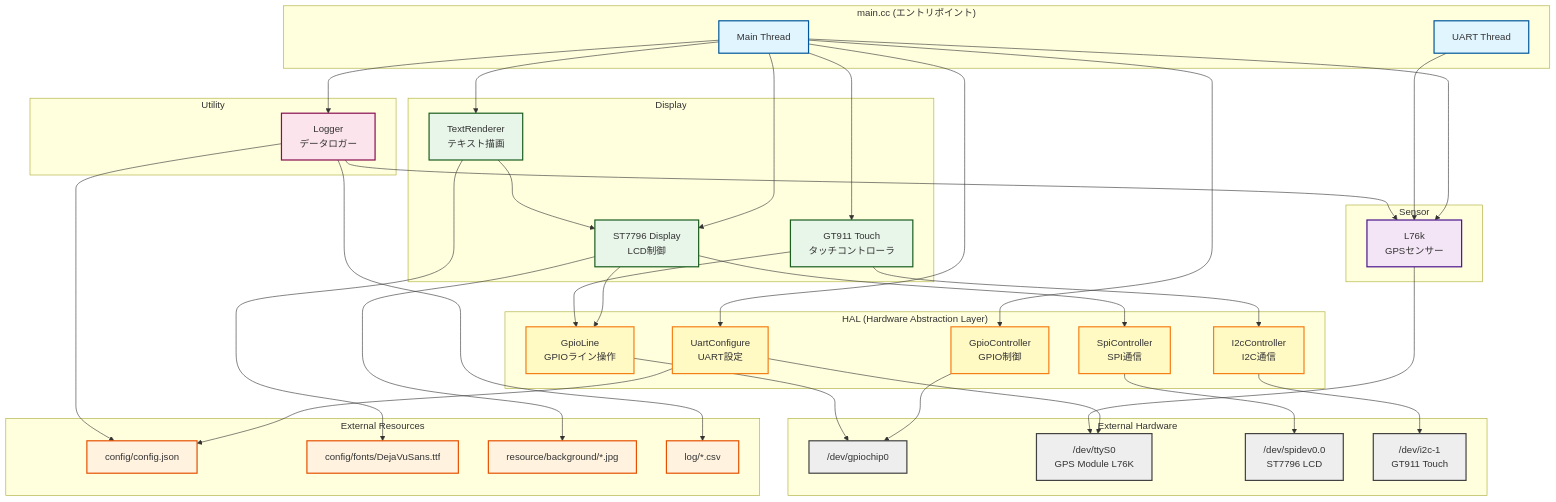
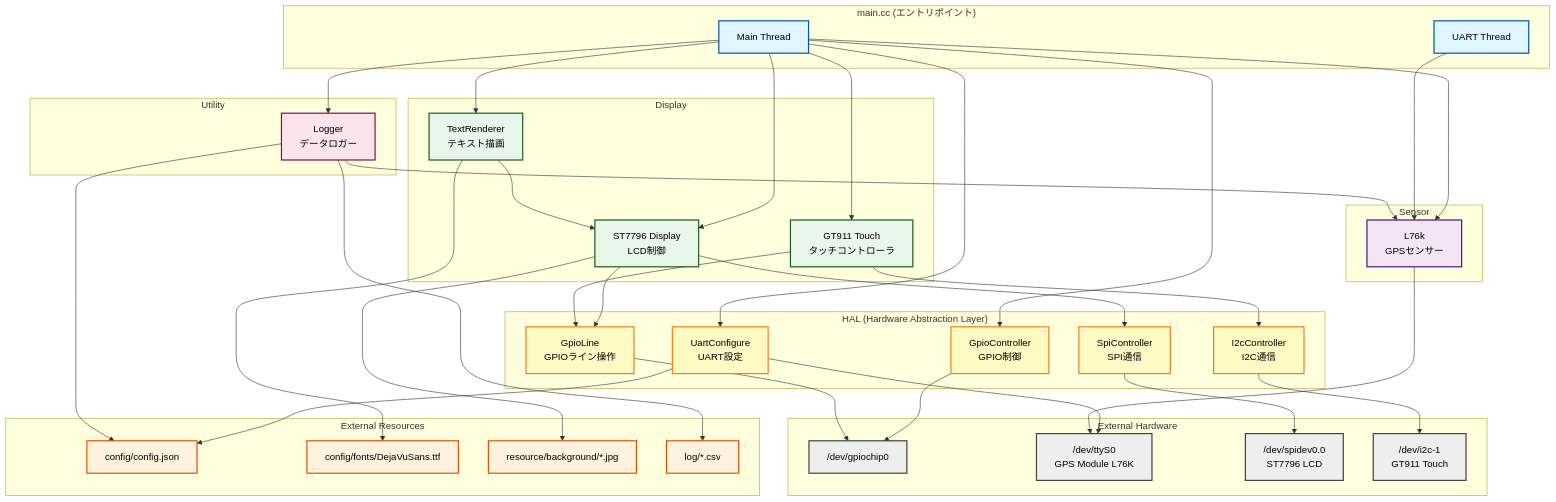
The first of 6 diagrams in doc/architecture.md (kengineeeer14/cycom), drawn with Mermaid before and after one commit.

Commit message:
アーキ：文字色の変更

```diff
--- a/doc/architecture.md
+++ b/doc/architecture.md
@@ -87,13 +87,13 @@
     Logger --> LogFile
 
     %% スタイル定義
-    classDef mainClass fill:#e1f5ff,stroke:#01579b,stroke-width:2px
-    classDef halClass fill:#fff9c4,stroke:#f57f17,stroke-width:2px
-    classDef sensorClass fill:#f3e5f5,stroke:#4a148c,stroke-width:2px
-    classDef displayClass fill:#e8f5e9,stroke:#1b5e20,stroke-width:2px
-    classDef utilClass fill:#fce4ec,stroke:#880e4f,stroke-width:2px
-    classDef hwClass fill:#eeeeee,stroke:#424242,stroke-width:2px
-    classDef resourceClass fill:#fff3e0,stroke:#e65100,stroke-width:2px
+    classDef mainClass fill:#e1f5ff,stroke:#01579b,stroke-width:2px,color:#000
+    classDef halClass fill:#fff9c4,stroke:#f57f17,stroke-width:2px,color:#000
+    classDef sensorClass fill:#f3e5f5,stroke:#4a148c,stroke-width:2px,color:#000
+    classDef displayClass fill:#e8f5e9,stroke:#1b5e20,stroke-width:2px,color:#000
+    classDef utilClass fill:#fce4ec,stroke:#880e4f,stroke-width:2px,color:#000
+    classDef hwClass fill:#eeeeee,stroke:#424242,stroke-width:2px,color:#000
+    classDef resourceClass fill:#fff3e0,stroke:#e65100,stroke-width:2px,color:#000
 
     class Main,UartThread mainClass
     class GPIO,UART,SPI,I2C,GPIOLine halClass
```
